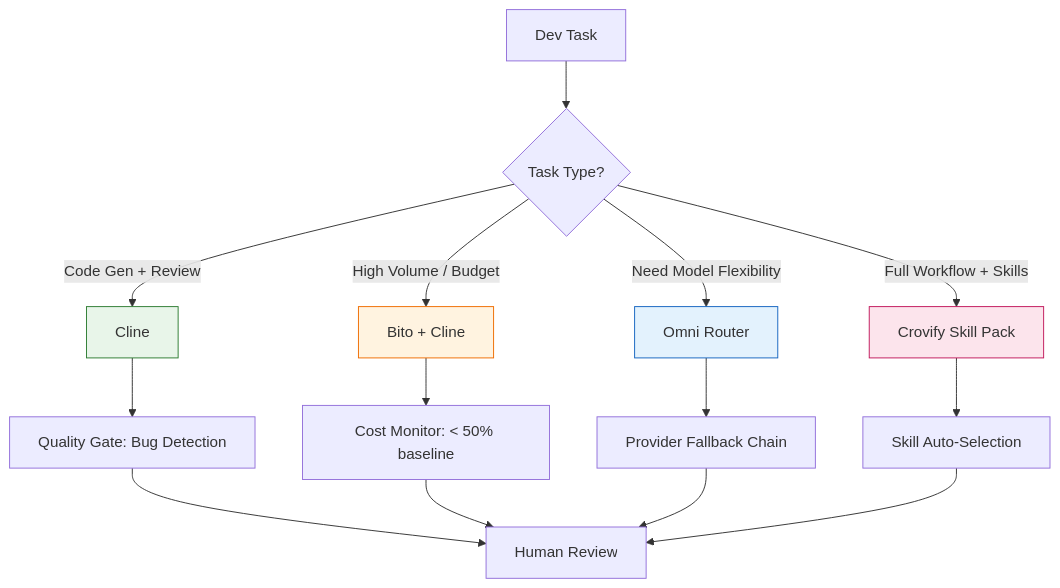
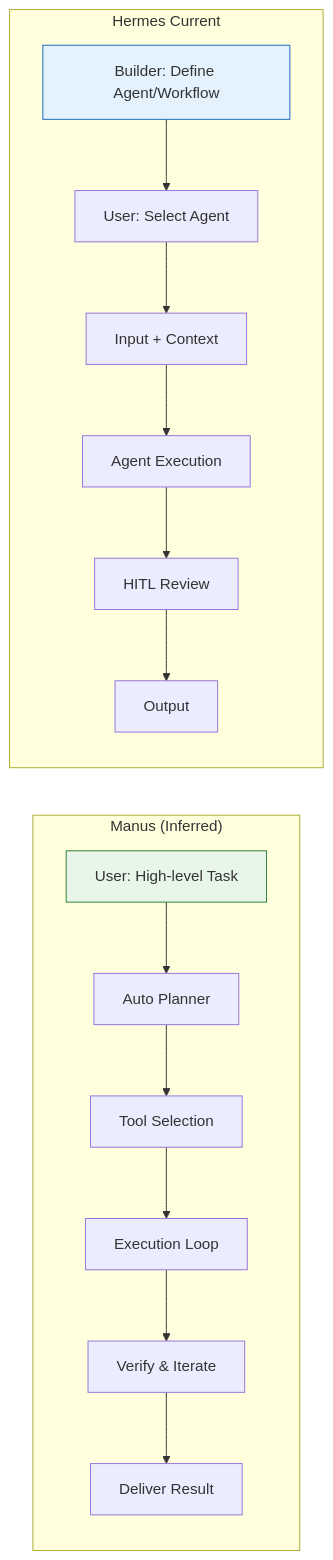
Before and after one commit to khoahuynhanh97/hermes-agent: the diagram in reports/knowledge_capture/knowledge_analysis.md, drawn with Mermaid. The commit also changed other lines of this file and 21 other files, not shown here.

````diff
--- a/reports/knowledge_capture/knowledge_analysis.md
+++ b/reports/knowledge_capture/knowledge_analysis.md
@@ -78,23 +62,21 @@
 ```mermaid
-flowchart TD
-    A[Dev Task] --> B{Task Type?}
-    B -->|Code Gen + Review| C[Cline]
-    B -->|High Volume / Budget| D[Bito + Cline]
-    B -->|Need Model Flexibility| E[Omni Router]
-    B -->|Full Workflow + Skills| F[Crovify Skill Pack]
+flowchart LR
+    subgraph Manus["Manus (Inferred)"]
+        M1[User: High-level Task] --> M2[Auto Planner]
+        M2 --> M3[Tool Selection]
+        M3 --> M4[Execution Loop]
+        M4 --> M5[Verify & Iterate]
+        M5 --> M6[Deliver Result]
+    end
     
-    C --> G[Quality Gate: Bug Detection]
-    D --> H[Cost Monitor: < 50% baseline]
-    E --> I[Provider Fallback Chain]
-    F --> J[Skill Auto-Selection]
+    subgraph Hermes["Hermes Current"]
+        H1[Builder: Define Agent/Workflow] --> H2[User: Select Agent]
+        H2 --> H3[Input + Context]
+        H3 --> H4[Agent Execution]
+        H4 --> H5[HITL Review]
+        H5 --> H6[Output]
+    end
     
-    G --> K[Human Review]
-    H --> K
-    I --> K
-    J --> K
-    
-    style C fill:#e8f5e9,stroke:#2e7d32
-    style D fill:#fff3e0,stroke:#ef6c00
-    style E fill:#e3f2fd,stroke:#1565c0
-    style F fill:#fce4ec,stroke:#c2185b
+    style M1 fill:#e8f5e9,stroke:#2e7d32
+    style H1 fill:#e3f2fd,stroke:#1565c0
 ```
````
